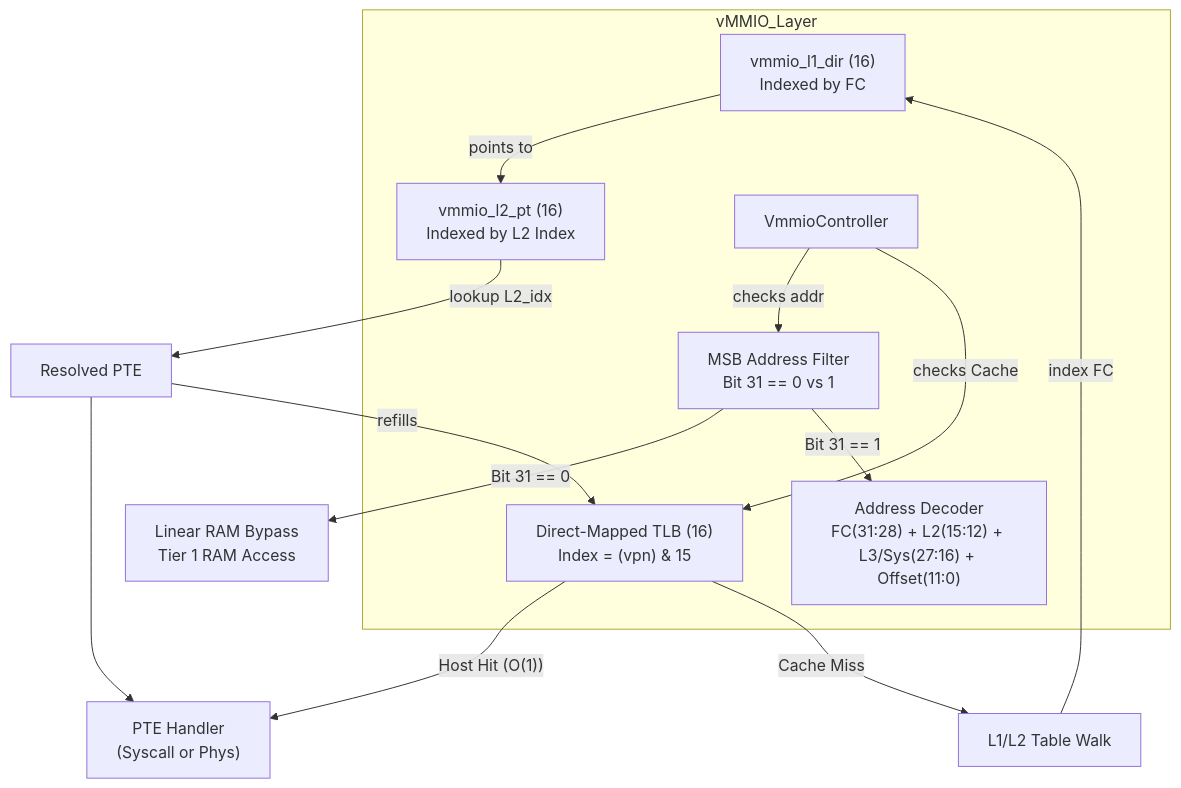
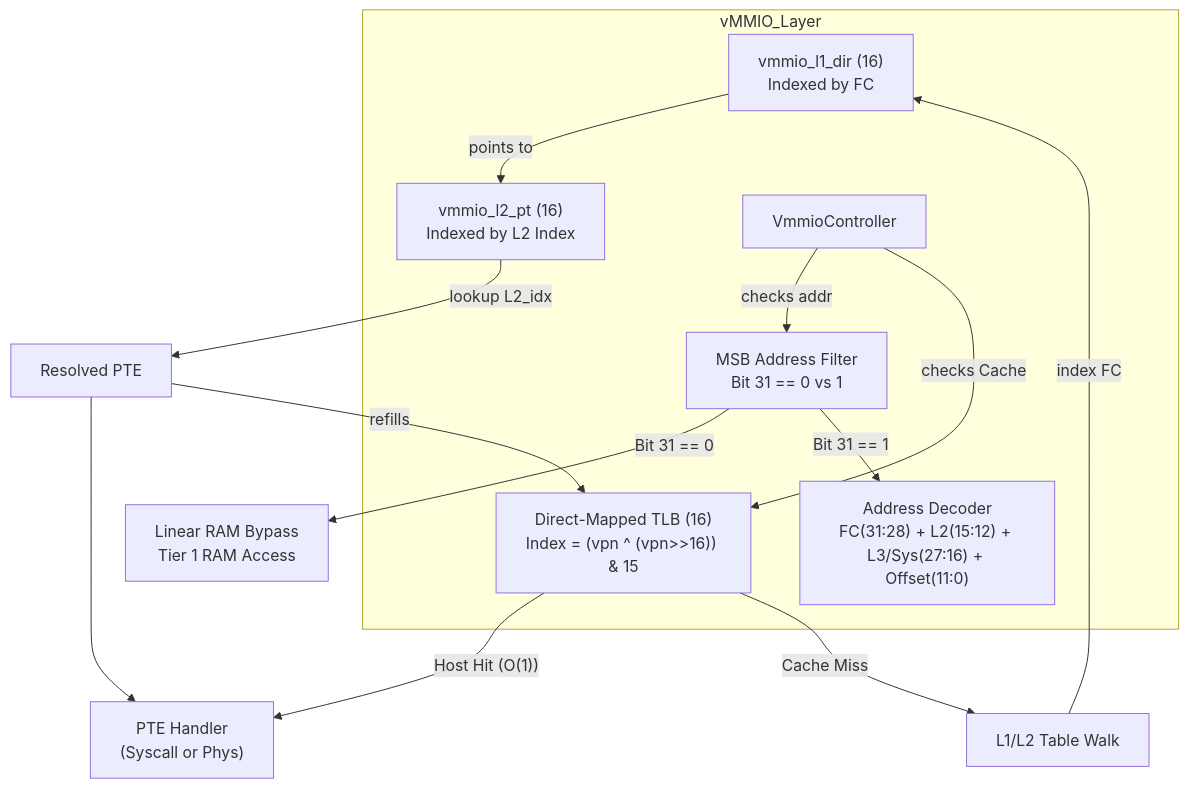
The first of 3 diagrams in docs/components/tier2_runtime/runtime_vmmio.md (kmt-t/fireball), drawn with Mermaid before and after one commit. The commit also changed other lines of this file and 9 other files, not shown here.

````diff
--- a/docs/components/tier2_runtime/runtime_vmmio.md
+++ b/docs/components/tier2_runtime/runtime_vmmio.md
@@ -62,23 +63,23 @@
 ```mermaid
 graph TD
     subgraph vMMIO_Layer
         Filter["MSB Address Filter<br/>Bit 31 == 0 vs 1"]
         Decoder["Address Decoder<br/>FC(31:28) + L2(15:12) + L3/Sys(27:16) + Offset(11:0)"]
         L1Dir["vmmio_l1_dir (16)<br/>Indexed by FC"]
         L2Table["vmmio_l2_pt (16)<br/>Indexed by L2 Index"]
-        TLB["Direct-Mapped TLB (16)<br/>Index = (vpn) & 15"]
+        TLB["Direct-Mapped TLB (16)<br/>Index = (vpn ^ (vpn>>16)) & 15"]
         Controller["VmmioController"]
     end
 
     Controller -- checks addr --> Filter
     Filter -- Bit 31 == 0 --> Bypass[Linear RAM Bypass\nTier 1 RAM Access]
     Filter -- Bit 31 == 1 --> Decoder
     Controller -- checks Cache --> TLB
     TLB -- Host Hit (O(1)) --> Handler["PTE Handler\n(Syscall or Phys)"]
     TLB -- Cache Miss --> Walk[L1/L2 Table Walk]
     Walk -- index FC --> L1Dir
     L1Dir -- points to --> L2Table
     L2Table -- lookup L2_idx --> WalkResult[Resolved PTE]
     WalkResult -- refills --> TLB
     WalkResult --> Handler
 ```
````
